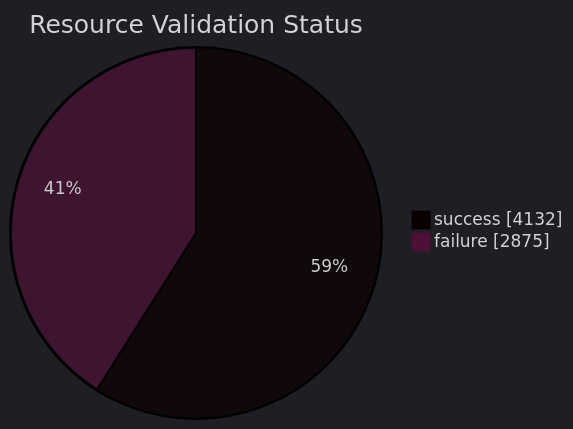
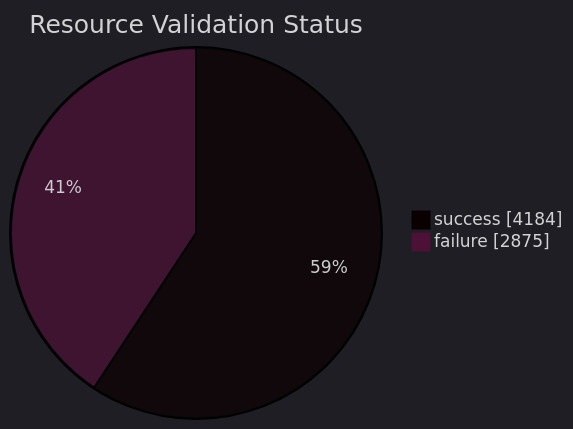
Before and after one commit to open-data/analytics-corporate-reporting: the diagram in datastore_tracker/resource_validation_status_pie_chart.md, drawn with Mermaid. The commit also changed 12 other files, not shown here.

````diff
--- a/datastore_tracker/resource_validation_status_pie_chart.md
+++ b/datastore_tracker/resource_validation_status_pie_chart.md
@@ -2,9 +2,9 @@
 ```mermaid
 ---
 config:
   theme: dark
 ---
 pie showData title Resource Validation Status
-    "success": 4132
+    "success": 4184
     "failure": 2875
 ```
````
